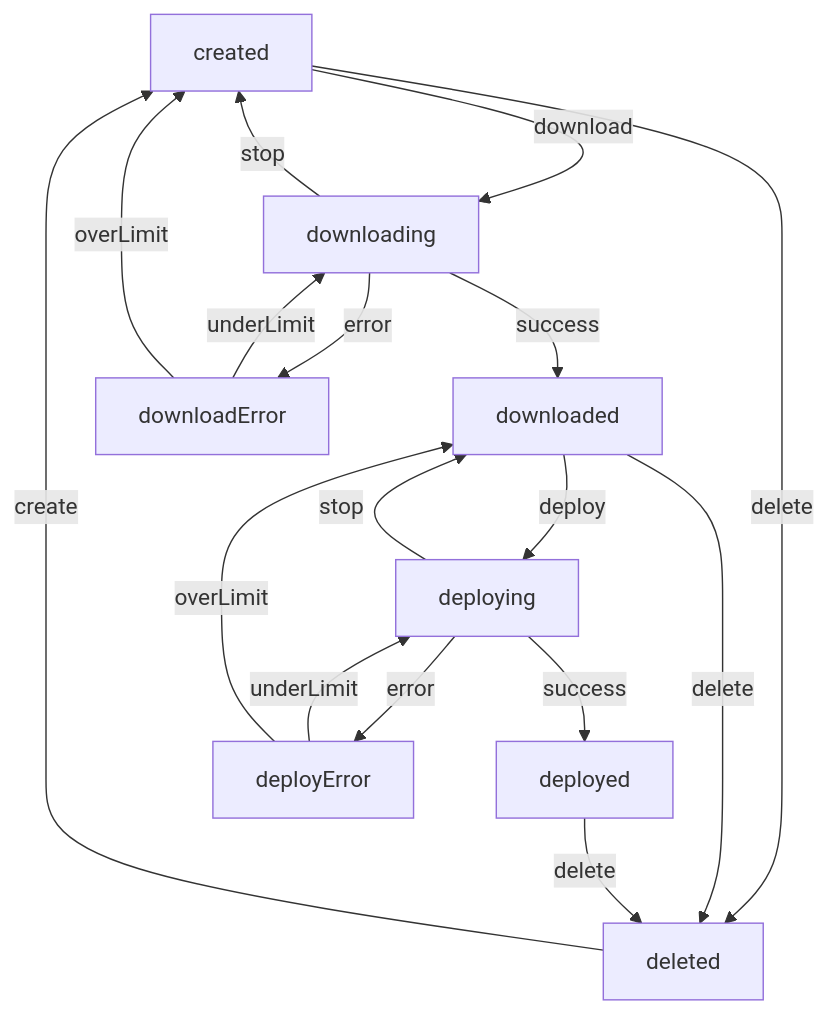
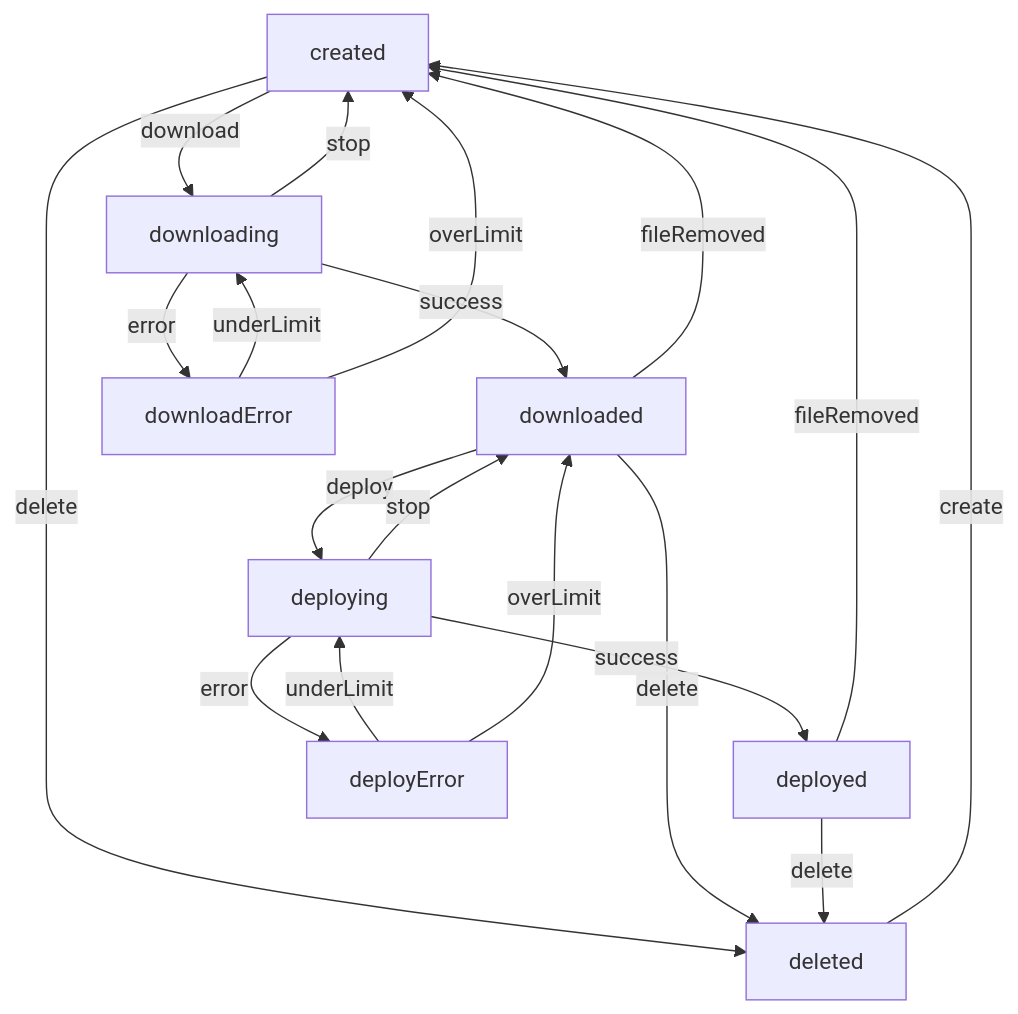
One commit to fruit-testbed/p2p-update changed the second of 2 diagrams in diagrams.md. Above: the diagram before and after it, drawn with Mermaid.

Commit message:
updated state-machine diagram of update lifecycle

````diff
--- a/diagrams.md
+++ b/diagrams.md
@@ -49,19 +49,21 @@
 ```mermaid
 graph TD;
 	created -->|download| downloading;
 	created -->|delete| deleted;
 	downloading -->|success| downloaded;
 	downloading -->|error| downloadError;
 	downloading -->|stop| created;
 	downloadError -->|underLimit| downloading;
 	downloadError -->|overLimit| created;
 	downloaded -->|deploy| deploying;
 	downloaded -->|delete| deleted;
+	downloaded -->|fileRemoved| created;
 	deploying -->|success| deployed;
 	deploying -->|error| deployError;
 	deploying -->|stop| downloaded;
 	deployError -->|underLimit| deploying;
 	deployError -->|overLimit| downloaded;
 	deployed -->|delete| deleted;
+	deployed -->|fileRemoved| created;
 	deleted -->|create| created;
 ```
````
